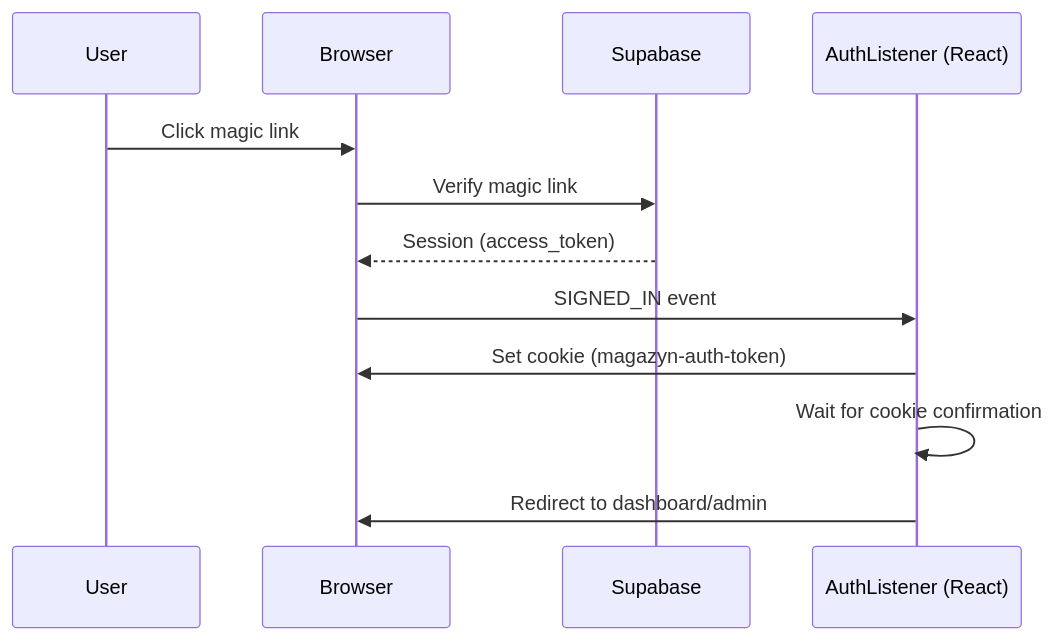
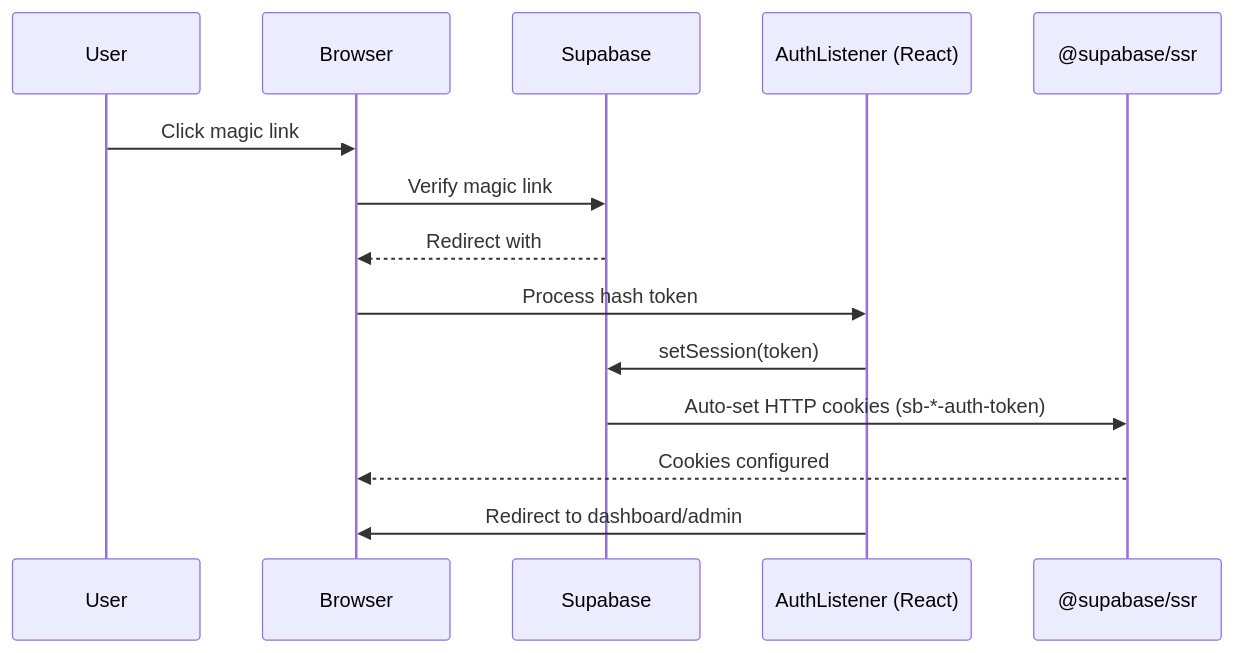
One commit to AKTK-Bystrze/Magazyn changed the second of 2 diagrams in documentation/workflows/auth-workflow.md. Above: the diagram before and after it, drawn with Mermaid. The commit also changed other lines of this file and 2 other files, not shown here.

Commit message:
update redirect documentation

````diff
--- a/documentation/workflows/auth-workflow.md
+++ b/documentation/workflows/auth-workflow.md
@@ -52,15 +52,17 @@
 ```mermaid
 sequenceDiagram
     participant User
     participant Browser
     participant Supabase
     participant AuthListener as AuthListener (React)
+    participant SSR as @supabase/ssr
 
     User->>Browser: Click magic link
     Browser->>Supabase: Verify magic link
-    Supabase-->>Browser: Session (access_token)
-    Browser->>AuthListener: SIGNED_IN event
-    AuthListener->>Browser: Set cookie (magazyn-auth-token)
-    AuthListener->>AuthListener: Wait for cookie confirmation
+    Supabase-->>Browser: Redirect with #access_token
+    Browser->>AuthListener: Process hash token
+    AuthListener->>Supabase: setSession(token)
+    Supabase->>SSR: Auto-set HTTP cookies (sb-*-auth-token)
+    SSR-->>Browser: Cookies configured
     AuthListener->>Browser: Redirect to dashboard/admin
 ```
````
